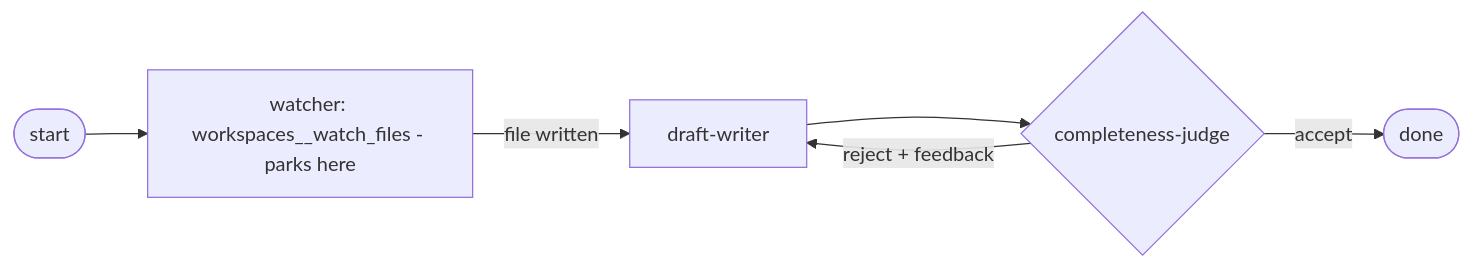
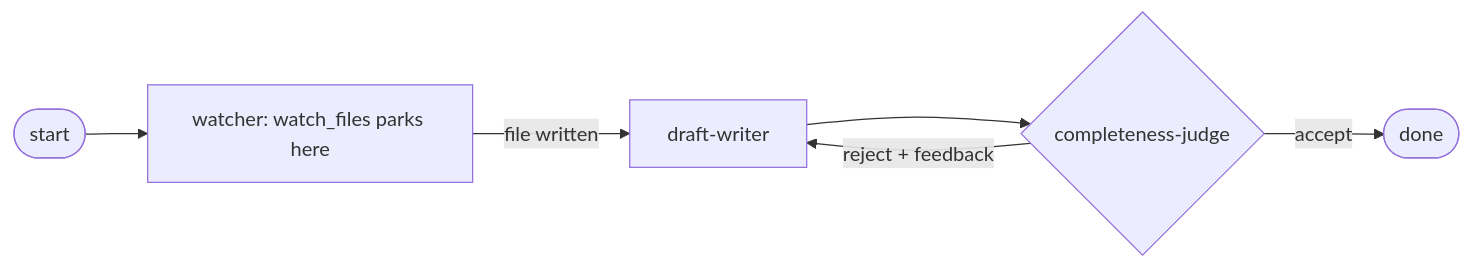
The second of 2 diagrams in primer/user_docs/getting-started/quickstart.md (primerhq/primer), drawn with Mermaid before and after one commit. The commit also changed other lines of this file, not shown here.

````diff
--- a/primer/user_docs/getting-started/quickstart.md
+++ b/primer/user_docs/getting-started/quickstart.md
@@ -127,8 +185,8 @@
 ```mermaid
 flowchart LR
-    s([start]) --> w[watcher: workspaces__watch_files - parks here]
+    s([start]) --> w[watcher: watch_files parks here]
     w -->|file written| d[draft-writer]
     d --> j{completeness-judge}
     j -->|reject + feedback| d
     j -->|accept| done([done])
 ```
````
